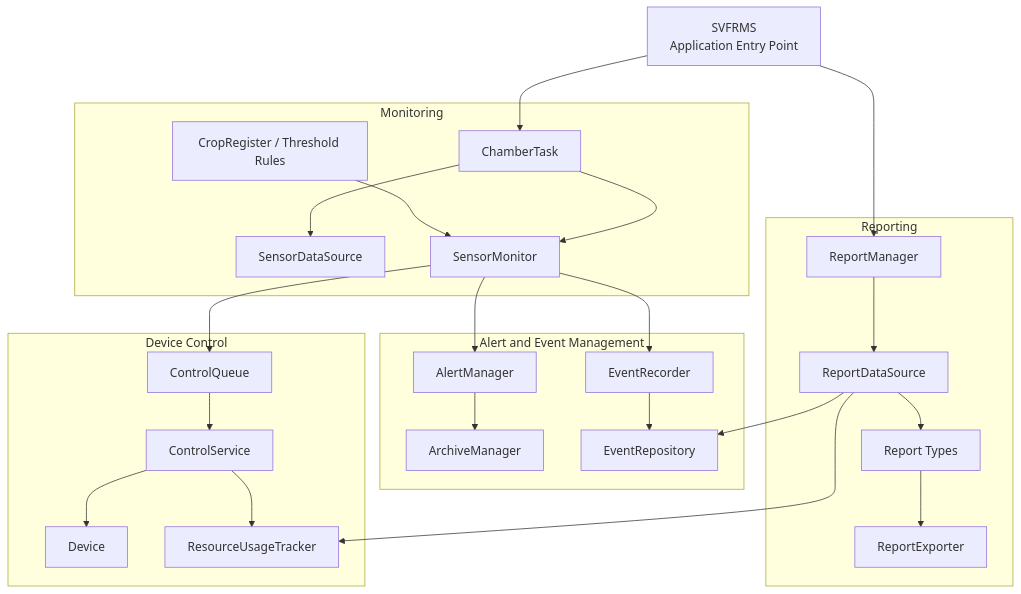
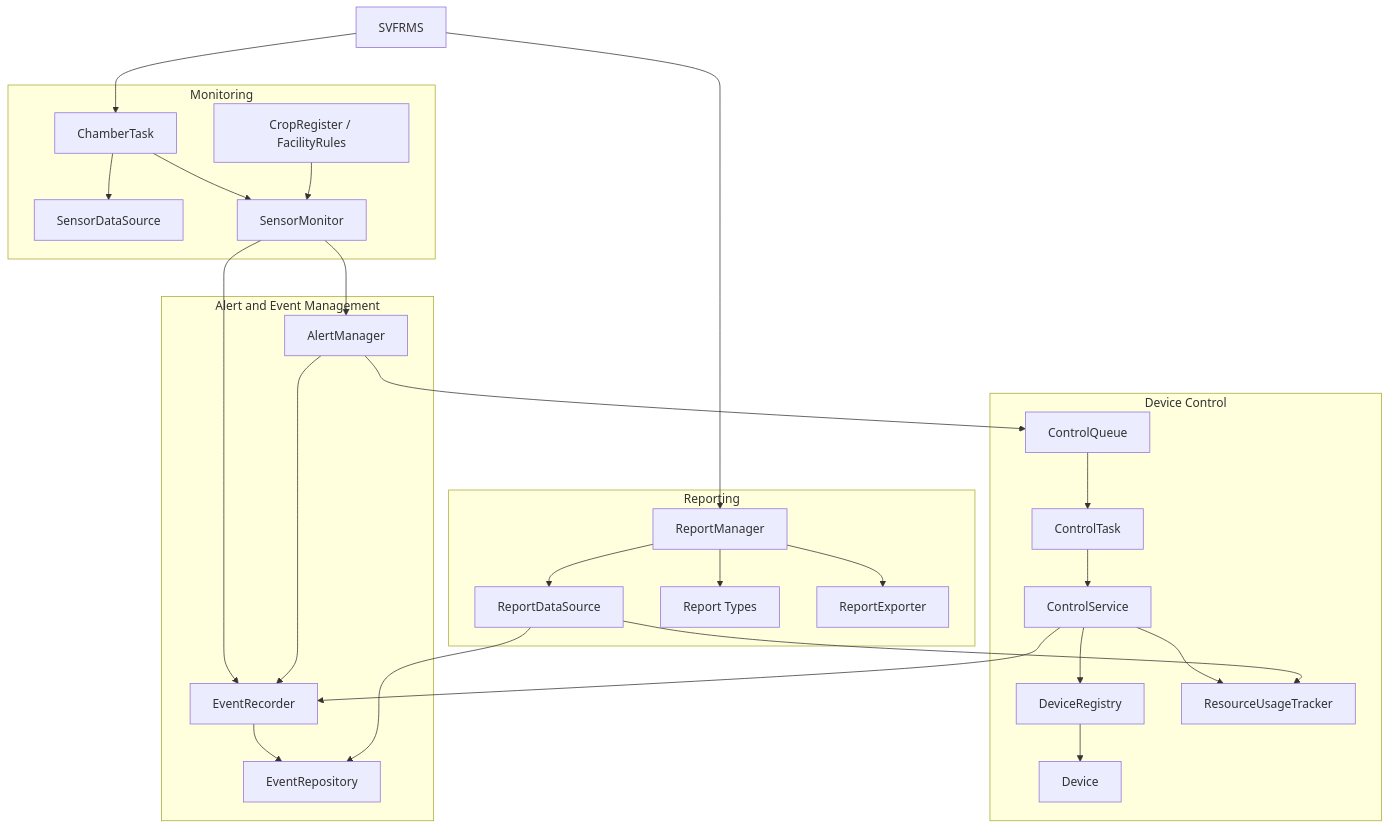
Before and after one commit to nicholassang/SE301-SVFRMS-Project: the first of 2 diagrams in README.md, drawn with Mermaid. The commit also changed other lines of this file, not shown here.

````diff
--- a/README.md
+++ b/README.md
@@ -63,51 +94,58 @@
 ```mermaid
 flowchart TD
-    A["SVFRMS<br/>Application Entry Point"]
+    A["SVFRMS"]
 
-    subgraph Monitoring["Monitoring"]
+    subgraph Monitoring
         B["ChamberTask"]
         C["SensorDataSource"]
         D["SensorMonitor"]
-        E["CropRegister / Threshold Rules"]
+        E["CropRegister / FacilityRules"]
     end
 
-    subgraph Management["Alert and Event Management"]
+    subgraph Alert_Event_Management["Alert and Event Management"]
         F["AlertManager"]
-        G["ArchiveManager"]
-        H["EventRecorder"]
-        I["EventRepository"]
+        G["EventRecorder"]
+        H["EventRepository"]
     end
 
-    subgraph Control["Device Control"]
-        J["ControlQueue"]
+    subgraph Device_Control["Device Control"]
+        I["ControlQueue"]
+        J["ControlTask"]
         K["ControlService"]
-        L["Device"]
-        M["ResourceUsageTracker"]
+        L["DeviceRegistry"]
+        M["Device"]
+        N["ResourceUsageTracker"]
     end
 
-    subgraph Reporting["Reporting"]
-        N["ReportManager"]
-        O["ReportDataSource"]
-        P["Report Types"]
-        Q["ReportExporter"]
+    subgraph Reporting
+        O["ReportManager"]
+        P["ReportDataSource"]
+        Q["Report Types"]
+        R["ReportExporter"]
     end
 
     A --> B
     B --> C
     B --> D
     E --> D
+
     D --> F
-    D --> H
-    D --> J
+    D --> G
+    F --> I
     F --> G
-    H --> I
+    G --> H
+
+    I --> J
     J --> K
     K --> L
-    K --> M
-    A --> N
-    N --> O
-    O --> I
-    O --> M
+    L --> M
+    K --> N
+    K --> G
+
+    A --> O
     O --> P
-    P --> Q
+    O --> Q
+    O --> R
+    P --> H
+    P --> N
 ```
````
